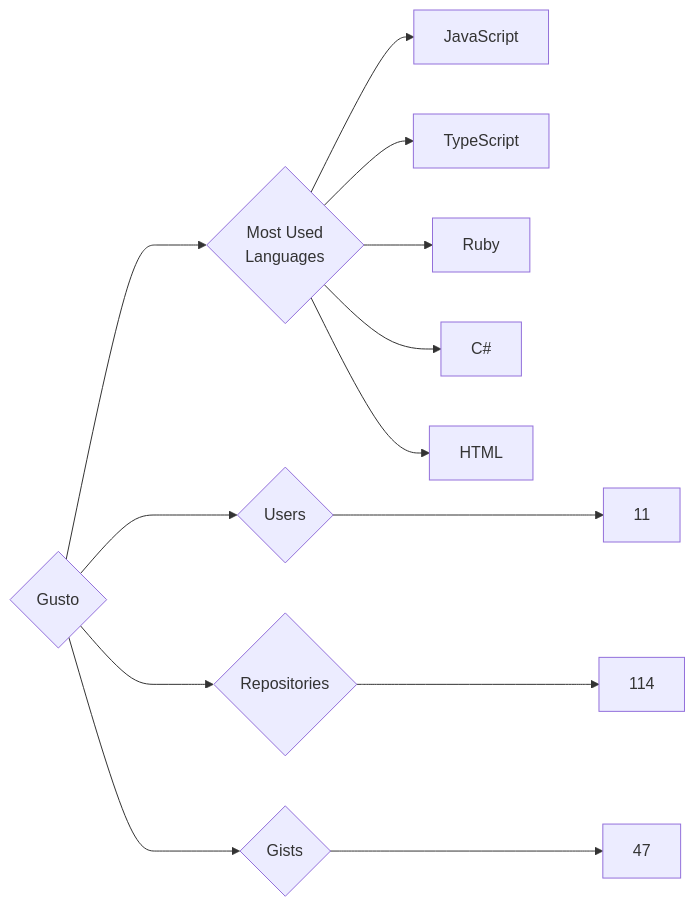
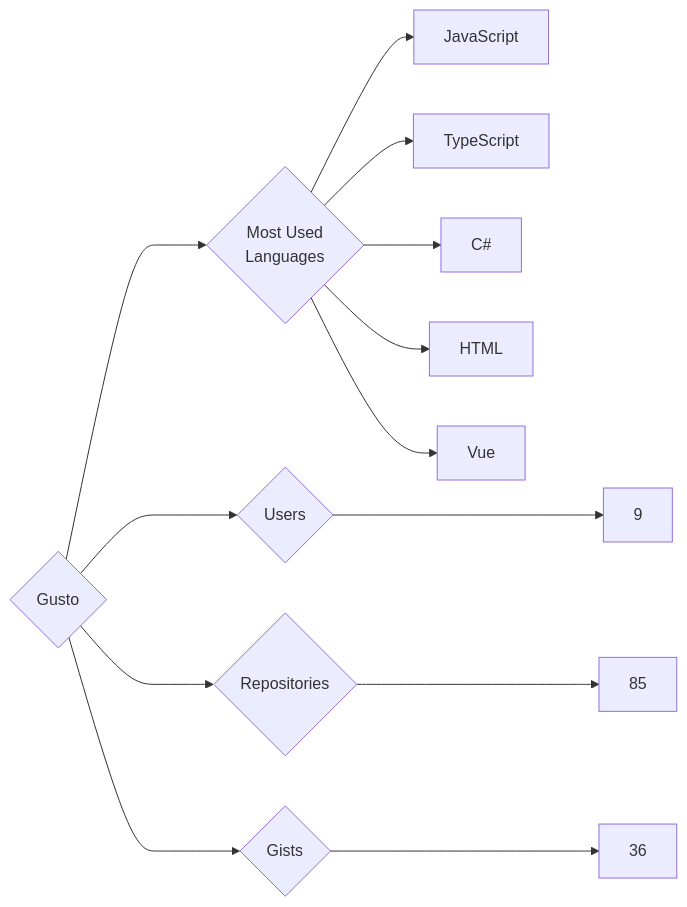
One commit to trickest/insiders changed the diagram in targets/Gusto/README.md. Above: the diagram before and after it, drawn with Mermaid. The commit also changed 1195 other files, not shown here.

````diff
--- a/targets/Gusto/README.md
+++ b/targets/Gusto/README.md
@@ -3,13 +3,13 @@
 ```mermaid
 graph LR
 COMPANY_NAME{Gusto}
-COMPANY_NAME ---> U{Users} ---> UN[11]
-COMPANY_NAME ---> R{Repositories} ---> RN[114]
-COMPANY_NAME ---> G{Gists} ---> GN[47]
+COMPANY_NAME ---> U{Users} ---> UN[9]
+COMPANY_NAME ---> R{Repositories} ---> RN[85]
+COMPANY_NAME ---> G{Gists} ---> GN[36]
 COMPANY_NAME ---> ML{Most Used<br>Languages}
 ML --> JavaScript[JavaScript]
 ML --> TypeScript[TypeScript]
-ML --> Ruby[Ruby]
 ML --> C#[C#]
 ML --> HTML[HTML]
+ML --> Vue[Vue]
 ```
````
